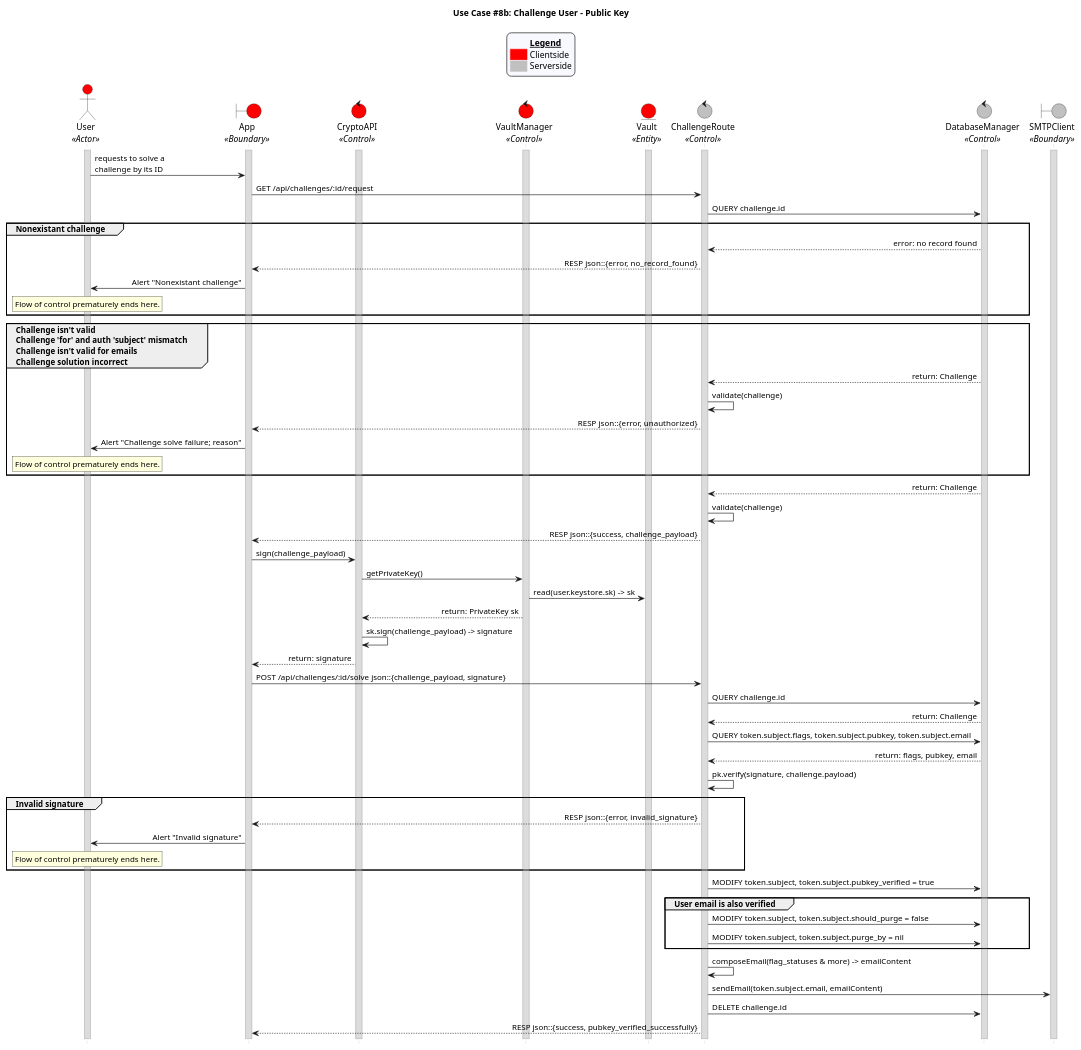
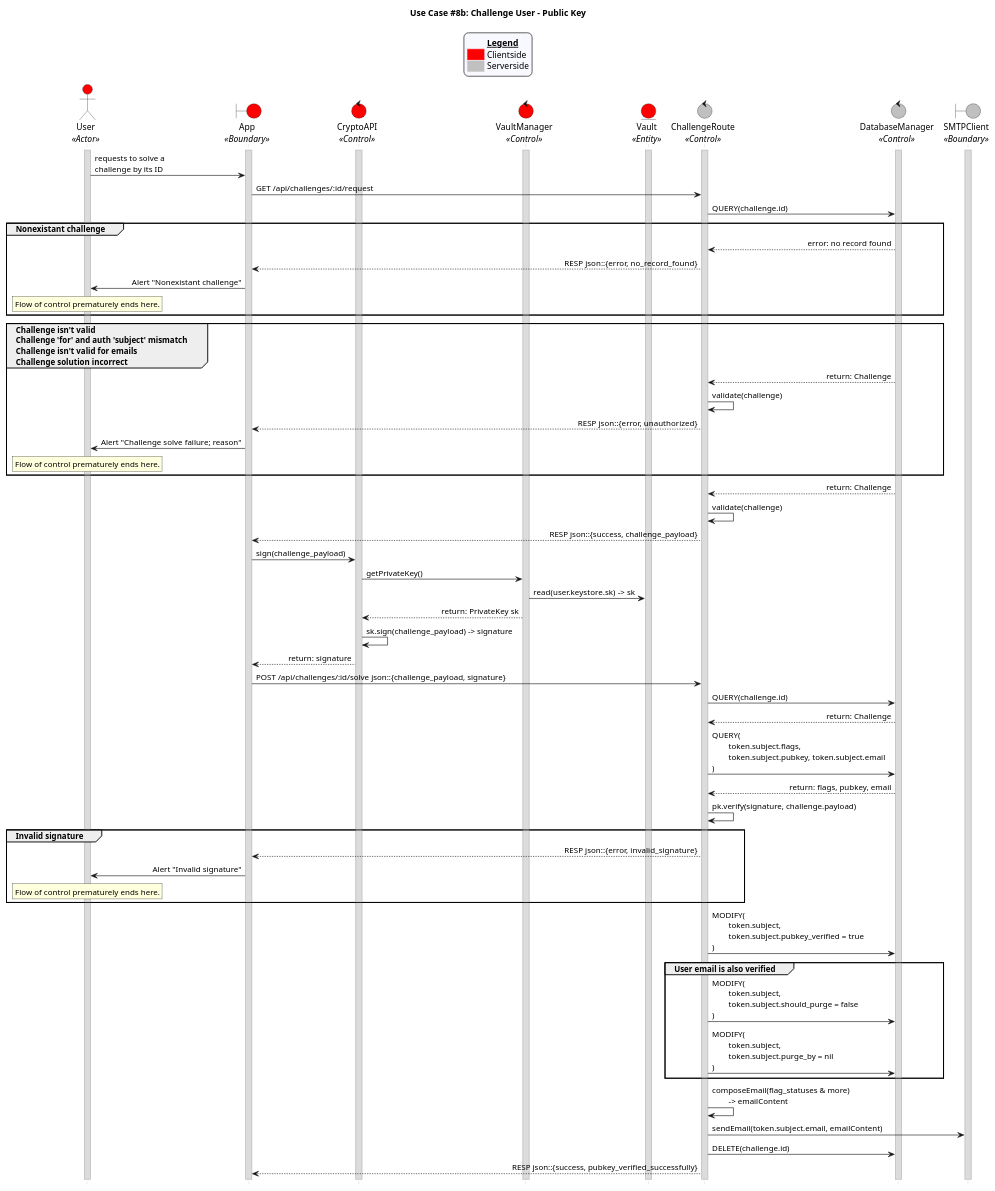
The diagram in uc_08_pubkey.puml (CECS-491-SP24-Group-1/seq-diagrams), drawn with PlantUML before and after one commit. The commit also changed 4 other files, not shown here.

```diff
--- a/uc_08_pubkey.puml
+++ b/uc_08_pubkey.puml
@@ -1,133 +1,133 @@
 @startuml uc08b_pubkey
 title "Use Case #8b: Challenge User - Public Key"
 
 'Styling goes here
 hide footbox
 skinparam stereotypePosition bottom
 skinparam sequenceMessageAlign direction
 skinparam sequence {
 	LifeLineBorderColor #Silver
 	LifeLineBackgroundColor #Gainsboro
 }
 
 'Add a legend plus styling
 skinparam legend {
 	backgroundColor #GhostWhite
 	entrySeparator #GhostWhite
 }
 
 legend top
 	<#GhostWhite,#GhostWhite>|	|= __Legend__ |
 	|<#red> | Clientside|
 	|<#silver> | Serverside|
 endlegend
 
 'Setup the objects involved here
 actor User as u <<Actor>> #red
 boundary App as a <<Boundary>> #red
 control CryptoAPI as ca <<Control>> #red
 control VaultManager as vm <<Control>> #red
 entity Vault as v <<Entity>> #red
 control ChallengeRoute as cr <<Control>> #silver
 control DatabaseManager as db <<Control>> #silver
 boundary SMTPClient as sc <<Boundary>> #silver
 
 'Setup persistent objects here
 activate u
 activate a
 activate ca
 activate vm
 activate v
 activate cr
 activate db
 activate sc
 
 '--- FLOW OF CONTROL STARTS HERE ---
 'User submits a request to verify their public key.
 u -> a: requests to solve a \nchallenge by its ID
 
 'App requests the challenge from the server by its ID.
 a -> cr: GET /api/challenges/:id/request
 
 'Server checks if the challenge is valid
-cr -> db: QUERY challenge.id
+cr -> db: QUERY(challenge.id)
 
 'Case 1: The challenge doesn't exist
 group Nonexistant challenge
 	db --> cr: error: no record found
 	cr --> a: RESP json::{error, no_record_found}
 	a -> u: Alert "Nonexistant challenge"
 	rnote over u
 	Flow of control prematurely ends here.
 	endrnote
 end
 
 'Case 2: The challenge is invalid, not for this user, not email challenge, or the solution is incorrect.
 group Challenge isn't valid \nChallenge 'for' and auth 'subject' mismatch \nChallenge isn't valid for emails \nChallenge solution incorrect
 	db --> cr: return: Challenge
 	cr -> cr: validate(challenge)
 	cr --> a: RESP json::{error, unauthorized}
 	a -> u: Alert "Challenge solve failure; reason"
 	rnote over u
 	Flow of control prematurely ends here.
 	endrnote
 end
 
 'Default case: challenge exists and is valid.
 db --> cr: return: Challenge
 cr -> cr: validate(challenge)
 
 'Server sends the challenge payload to the user.
 cr --> a: RESP json::{success, challenge_payload}
 
 'The app signs the challenge payload with the user's private key.
 a -> ca: sign(challenge_payload)
 ca -> vm: getPrivateKey()
 vm -> v: read(user.keystore.sk) -> sk
 vm --> ca: return: PrivateKey sk
 ca -> ca: sk.sign(challenge_payload) -> signature
 ca --> a: return: signature
 
 'The app sends the signature to the server.
 a -> cr: POST /api/challenges/:id/solve json::{challenge_payload, signature}
 
 'The server queries the database for the challenge info
-cr -> db: QUERY challenge.id
+cr -> db: QUERY(challenge.id)
 db --> cr: return: Challenge
 
 'The server queries the database for the user flags public key, and email.
-cr -> db: QUERY token.subject.flags, token.subject.pubkey, token.subject.email
+cr -> db: QUERY(\n\ttoken.subject.flags, \n\ttoken.subject.pubkey, token.subject.email\n)
 db --> cr: return: flags, pubkey, email
 
 'The server verifies the signature against the known public key.
 cr -> cr: pk.verify(signature, challenge.payload)
 
 'Case 1: The signature is invalid.
 group Invalid signature
 	cr --> a: RESP json::{error, invalid_signature}
 	a -> u: Alert "Invalid signature"
 	rnote over u
 	Flow of control prematurely ends here.
 	endrnote
 end
 
 'Default case: the verification succeeds. 
 'Mark the user's public key as verified
-cr -> db: MODIFY token.subject, token.subject.pubkey_verified = true
+cr -> db: MODIFY(\n\ttoken.subject, \n\ttoken.subject.pubkey_verified = true\n)
 
 'Also unmark the user's account for deletion if the email is verified.
 group User email is also verified
-	cr -> db: MODIFY token.subject, token.subject.should_purge = false
-	cr -> db: MODIFY token.subject, token.subject.purge_by = nil
+	cr -> db: MODIFY(\n\ttoken.subject, \n\ttoken.subject.should_purge = false\n)
+	cr -> db: MODIFY(\n\ttoken.subject, \n\ttoken.subject.purge_by = nil\n)
 end
 
 'Email the user to inform of successful challenge completion and next steps.
-cr -> cr: composeEmail(flag_statuses & more) -> emailContent
+cr -> cr: composeEmail(flag_statuses & more) \n\t-> emailContent
 cr -> sc: sendEmail(token.subject.email, emailContent)
 
 'Cleanup and return the feedback to the user
-cr -> db: DELETE challenge.id
+cr -> db: DELETE(challenge.id)
 cr --> a: RESP json::{success, pubkey_verified_successfully}
 '--- FLOW OF CONTROL ENDS HERE   ---
 
 @enduml
```
